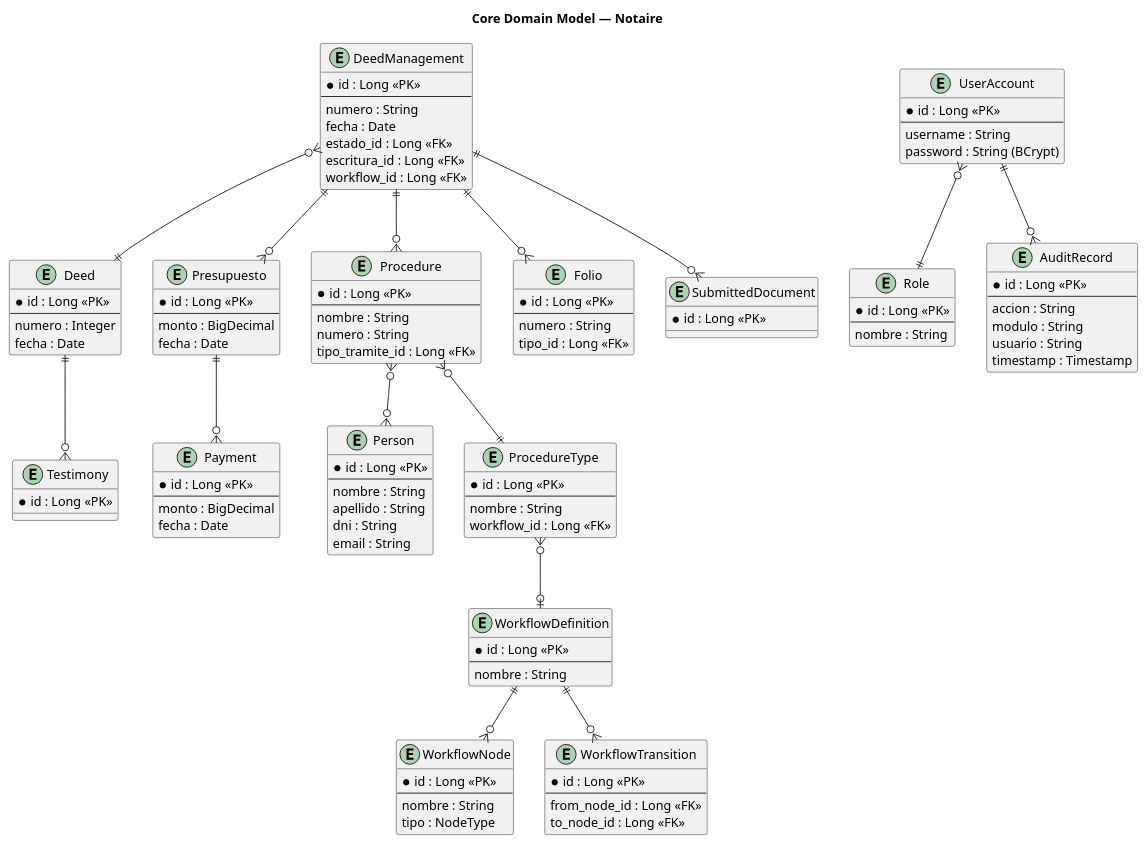
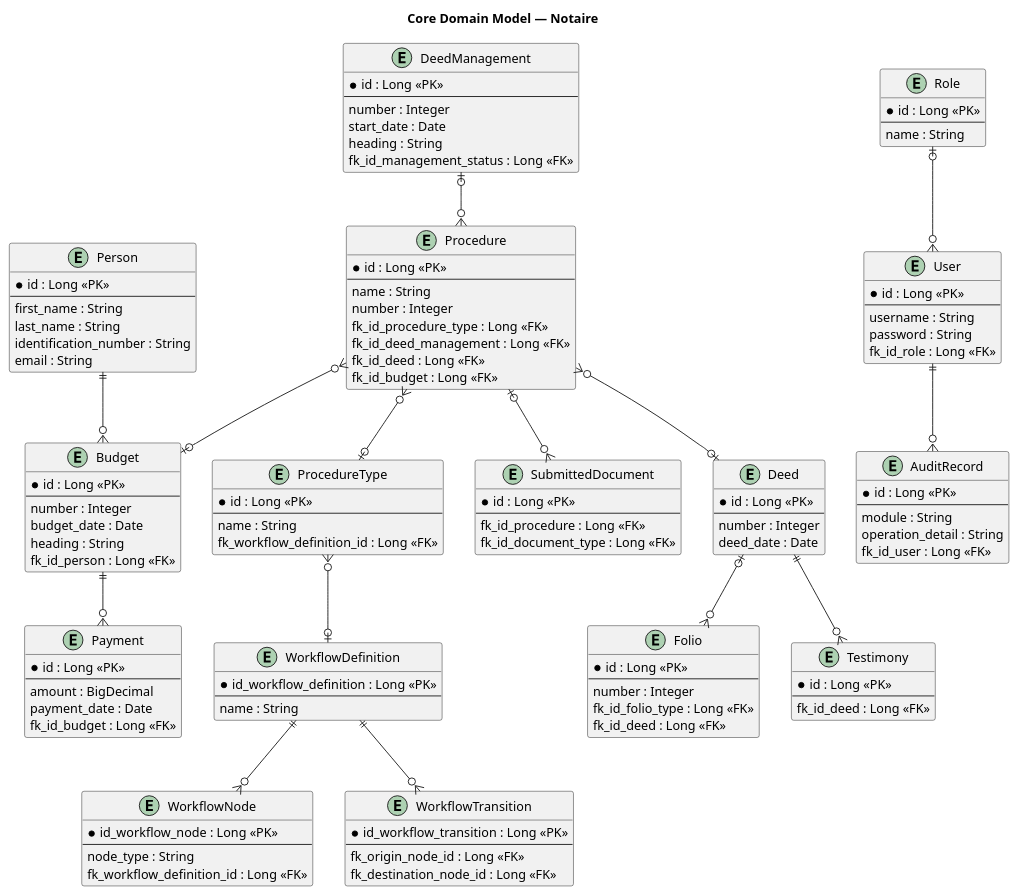
One commit to matiaspakua/notaire changed the seventh of 13 diagrams in docs/200-architecture/201-SAD/sad.md. Above: the diagram before and after it, drawn with PlantUML. The commit also changed other lines of this file and 1 other file, not shown here.

Commit message:
docs(architecture): write the software architecture document in English
The SAD uses current entity and column names and the platform in the root
pom.xml. The removed budgets.fk_id_tramite stays named as history. Stored
labels Escribano and ESCRIBANO stay.

Issue: #1490

````diff
--- a/docs/200-architecture/201-SAD/sad.md
+++ b/docs/200-architecture/201-SAD/sad.md
@@ -482,131 +484,142 @@
 @startuml
 title Core Domain Model — Notaire
 
-entity "DeedManagement" as gestion {
+entity "DeedManagement" as deedManagement {
   * id : Long <<PK>>
   --
-  numero : String
-  fecha : Date
-  estado_id : Long <<FK>>
-  escritura_id : Long <<FK>>
-  workflow_id : Long <<FK>>
+  number : Integer
+  start_date : Date
+  heading : String
+  fk_id_management_status : Long <<FK>>
 }
 
-entity "Deed" as escritura {
+entity "Deed" as deed {
   * id : Long <<PK>>
   --
-  numero : Integer
-  fecha : Date
+  number : Integer
+  deed_date : Date
 }
 
-entity "Person" as persona {
+entity "Person" as person {
   * id : Long <<PK>>
   --
-  nombre : String
-  apellido : String
-  dni : String
+  first_name : String
+  last_name : String
+  identification_number : String
   email : String
 }
 
-entity "Presupuesto" as presupuesto {
+entity "Budget" as budget {
   * id : Long <<PK>>
   --
-  monto : BigDecimal
-  fecha : Date
+  number : Integer
+  budget_date : Date
+  heading : String
+  fk_id_person : Long <<FK>>
 }
 
-entity "Procedure" as tramite {
+entity "Procedure" as procedure {
   * id : Long <<PK>>
   --
-  nombre : String
-  numero : String
-  tipo_tramite_id : Long <<FK>>
+  name : String
+  number : Integer
+  fk_id_procedure_type : Long <<FK>>
+  fk_id_deed_management : Long <<FK>>
+  fk_id_deed : Long <<FK>>
+  fk_id_budget : Long <<FK>>
 }
 
-entity "ProcedureType" as tipoTramite {
+entity "ProcedureType" as procedureType {
   * id : Long <<PK>>
   --
-  nombre : String
-  workflow_id : Long <<FK>>
+  name : String
+  fk_workflow_definition_id : Long <<FK>>
 }
 
 entity "Folio" as folio {
   * id : Long <<PK>>
   --
-  numero : String
-  tipo_id : Long <<FK>>
+  number : Integer
+  fk_id_folio_type : Long <<FK>>
+  fk_id_deed : Long <<FK>>
 }
 
-entity "Payment" as pago {
+entity "Payment" as payment {
   * id : Long <<PK>>
   --
-  monto : BigDecimal
-  fecha : Date
+  amount : BigDecimal
+  payment_date : Date
+  fk_id_budget : Long <<FK>>
 }
 
-entity "Testimony" as testimonio {
+entity "Testimony" as testimony {
   * id : Long <<PK>>
+  --
+  fk_id_deed : Long <<FK>>
 }
 
-entity "SubmittedDocument" as doc {
+entity "SubmittedDocument" as document {
   * id : Long <<PK>>
+  --
+  fk_id_procedure : Long <<FK>>
+  fk_id_document_type : Long <<FK>>
 }
 
-entity "UserAccount" as usuario {
+entity "User" as user {
   * id : Long <<PK>>
   --
   username : String
-  password : String (BCrypt)
+  password : String
+  fk_id_role : Long <<FK>>
 }
 
-entity "Role" as rol {
+entity "Role" as role {
   * id : Long <<PK>>
   --
-  nombre : String
+  name : String
 }
 
 entity "AuditRecord" as audit {
   * id : Long <<PK>>
   --
-  accion : String
-  modulo : String
-  usuario : String
-  timestamp : Timestamp
+  module : String
+  operation_detail : String
+  fk_id_user : Long <<FK>>
 }
 
-entity "WorkflowDefinition" as wfDef {
-  * id : Long <<PK>>
+entity "WorkflowDefinition" as workflowDefinition {
+  * id_workflow_definition : Long <<PK>>
   --
-  nombre : String
+  name : String
 }
 
-entity "WorkflowNode" as wfNode {
-  * id : Long <<PK>>
+entity "WorkflowNode" as workflowNode {
+  * id_workflow_node : Long <<PK>>
   --
-  nombre : String
-  tipo : NodeType
+  node_type : String
+  fk_workflow_definition_id : Long <<FK>>
 }
 
-entity "WorkflowTransition" as wfTrans {
-  * id : Long <<PK>>
+entity "WorkflowTransition" as workflowTransition {
+  * id_workflow_transition : Long <<PK>>
   --
-  from_node_id : Long <<FK>>
-  to_node_id : Long <<FK>>
+  fk_origin_node_id : Long <<FK>>
+  fk_destination_node_id : Long <<FK>>
 }
 
-gestion ||--o{ tramite
-gestion ||--o{ presupuesto
-gestion }o--|| escritura
-gestion ||--o{ folio
-gestion ||--o{ doc
-tramite }o--|| tipoTramite
-tramite }o--o{ persona
-presupuesto ||--o{ pago
-escritura ||--o{ testimonio
-usuario }o--|| rol
-usuario ||--o{ audit
-wfDef ||--o{ wfNode
-wfDef ||--o{ wfTrans
-tipoTramite }o--o| wfDef
+deedManagement |o--o{ procedure
+procedure }o--o| procedureType
+procedure }o--o| deed
+procedure }o--o| budget
+person ||--o{ budget
+budget ||--o{ payment
+deed |o--o{ folio
+deed ||--o{ testimony
+procedure |o--o{ document
+role |o--o{ user
+user ||--o{ audit
+workflowDefinition ||--o{ workflowNode
+workflowDefinition ||--o{ workflowTransition
+procedureType }o--o| workflowDefinition
 @enduml
 ```
````
